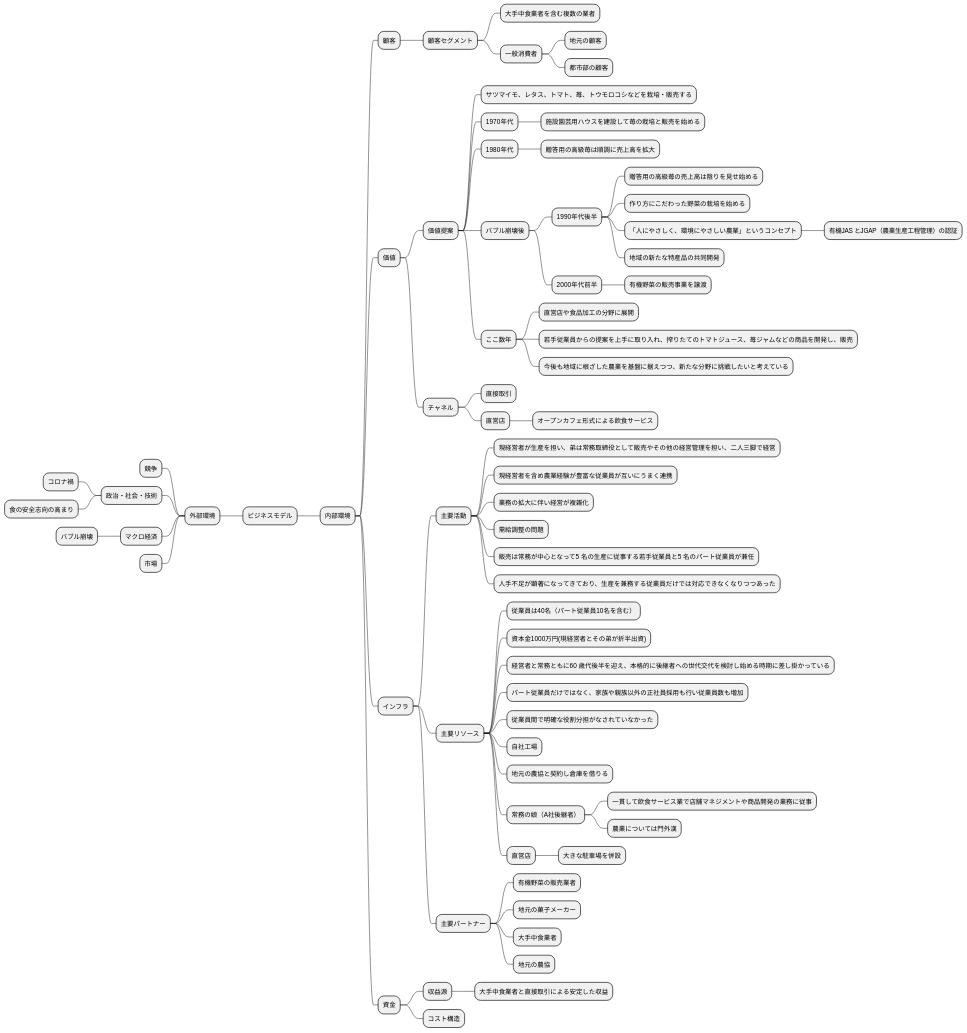
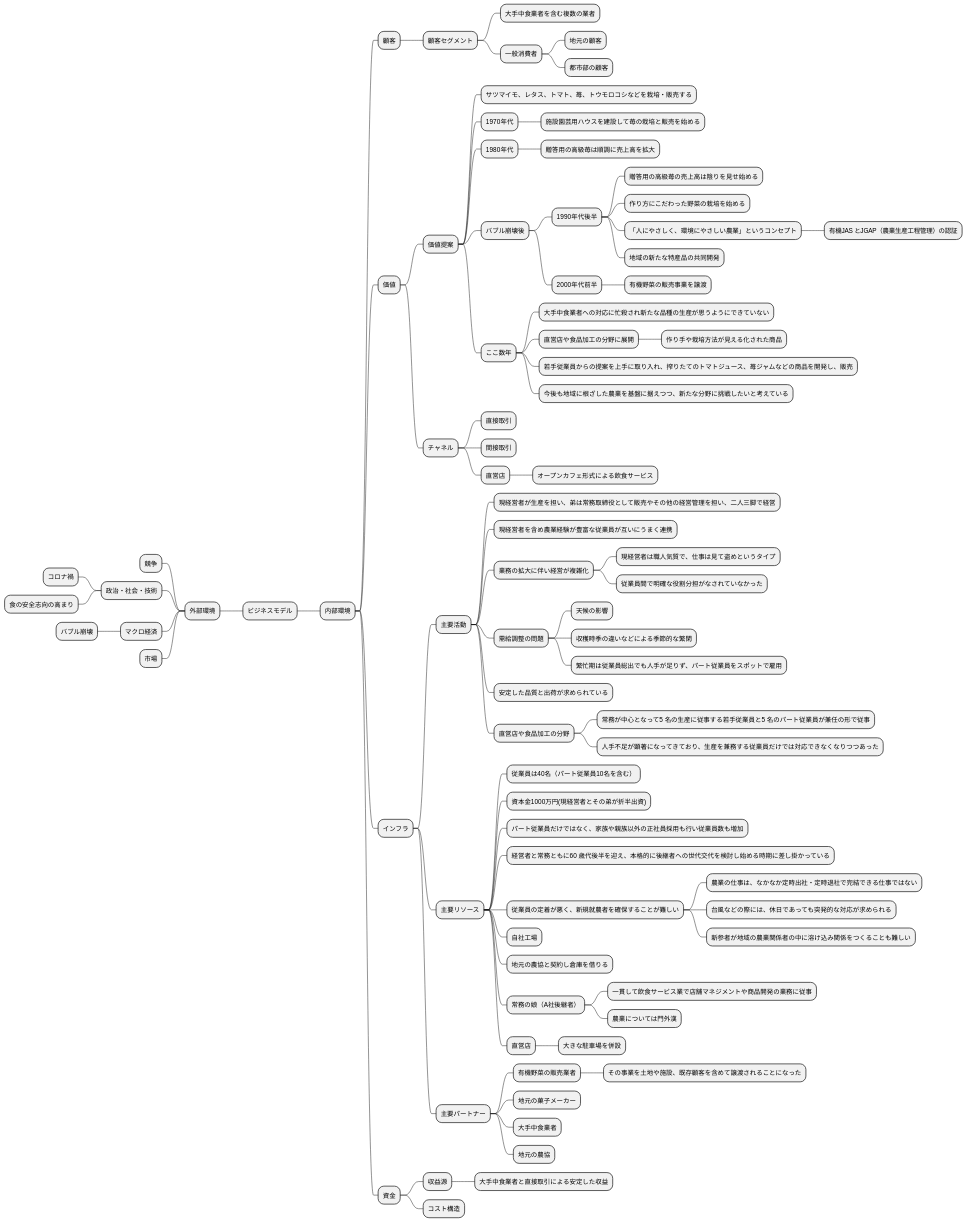
One commit to k2works/requirements_definition_excercise changed the seventh of 15 diagrams in docs/R04/study/take01.md. Above: the diagram before and after it, drawn with PlantUML. The commit also changed other lines of this file, not shown here.

```diff
--- a/docs/R04/study/take01.md
+++ b/docs/R04/study/take01.md
@@ -256,11 +274,14 @@
 ****** 2000年代前半
 ******* 有機野菜の販売事業を譲渡
 ***** ここ数年
+****** 大手中食業者への対応に忙殺され新たな品種の生産が思うようにできていない
 ****** 直営店や食品加工の分野に展開
+******* 作り手や栽培方法が見える化された商品
 ****** 若手従業員からの提案を上手に取り入れ、搾りたてのトマトジュース、苺ジャムなどの商品を開発し、販売
 ****** 今後も地域に根ざした農業を基盤に据えつつ、新たな分野に挑戦したいと考えている
 **** チャネル
 ***** 直接取引
+***** 間接取引
 ***** 直営店
 ****** オープンカフェ形式による飲食サービス
 *** インフラ
@@ -268,15 +289,25 @@
 ***** 現経営者が生産を担い、弟は常務取締役として販売やその他の経営管理を担い、二人三脚で経営
 ***** 現経営者を含め農業経験が豊富な従業員が互いにうまく連携
 ***** 業務の拡大に伴い経営が複雑化
+****** 現経営者は職人気質で、仕事は見て盗めというタイプ
+****** 従業員間で明確な役割分担がなされていなかった
 ***** 需給調整の問題
-***** 販売は常務が中心となって5 名の生産に従事する若手従業員と5 名のパート従業員が兼任
-***** 人手不足が顕著になってきており、生産を兼務する従業員だけでは対応できなくなりつつあった
+****** 天候の影響
+****** 収穫時季の違いなどによる季節的な繁閑
+****** 繁忙期は従業員総出でも人手が足りず、パート従業員をスポットで雇用
+***** 安定した品質と出荷が求められている
+***** 直営店や食品加工の分野
+****** 常務が中心となって5 名の生産に従事する若手従業員と5 名のパート従業員が兼任の形で従事
+****** 人手不足が顕著になってきており、生産を兼務する従業員だけでは対応できなくなりつつあった
 **** 主要リソース
 ***** 従業員は40名（パート従業員10名を含む）
 ***** 資本金1000万円(現経営者とその弟が折半出資)
+***** パート従業員だけではなく、家族や親族以外の正社員採用も行い従業員数も増加
 ***** 経営者と常務ともに60 歳代後半を迎え、本格的に後継者への世代交代を検討し始める時期に差し掛かっている
-***** パート従業員だけではなく、家族や親族以外の正社員採用も行い従業員数も増加
-***** 従業員間で明確な役割分担がなされていなかった
+***** 従業員の定着が悪く、新規就農者を確保することが難しい
+****** 農業の仕事は、なかなか定時出社・定時退社で完結できる仕事ではない
+****** 台風などの際には、休日であっても突発的な対応が求められる
+****** 新参者が地域の農業関係者の中に溶け込み関係をつくることも難しい
 ***** 自社工場
 ***** 地元の農協と契約し倉庫を借りる
 ***** 常務の娘（A社後継者）
@@ -286,6 +317,7 @@
 ****** 大きな駐車場を併設
 **** 主要パートナー
 ***** 有機野菜の販売業者
+****** その事業を土地や施設、既存顧客を含めて譲渡されることになった
 ***** 地元の菓子メーカー
 ***** 大手中食業者
 ***** 地元の農協
```
